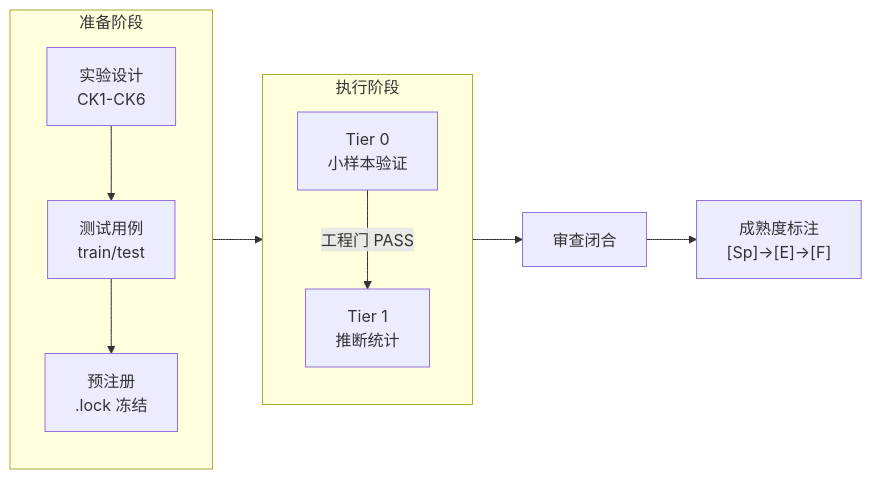
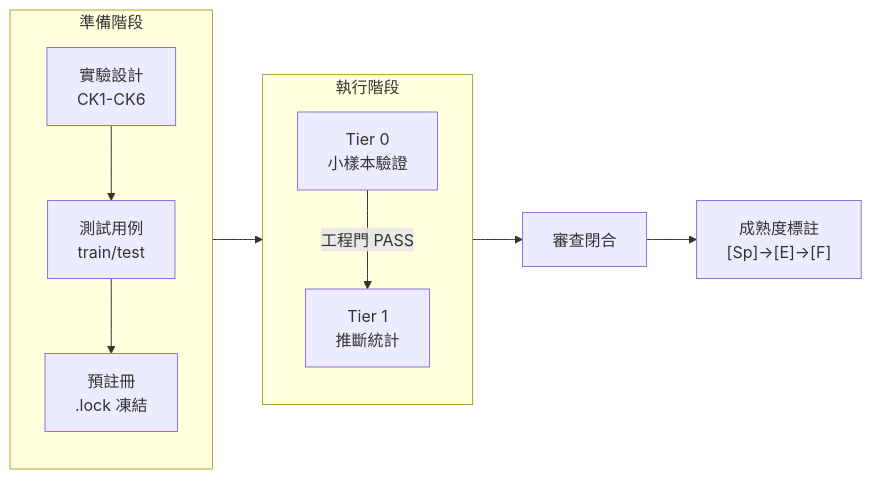
The diagram in zh-Hant/README.md (redamancy231-create/prompt-tdd-methodology), drawn with Mermaid before and after one commit. The commit also changed other lines of this file and 17 other files, not shown here.

````diff
--- a/zh-Hant/README.md
+++ b/zh-Hant/README.md
@@ -38,10 +38,10 @@
 ```mermaid
 flowchart LR
-    subgraph PREP["准备阶段"]
-        D1["实验设计<br/>CK1-CK6"] --> D2["测试用例<br/>train/test"] --> D3["预注册<br/>.lock 冻结"]
+    subgraph PREP["準備階段"]
+        D1["實驗設計<br/>CK1-CK6"] --> D2["測試用例<br/>train/test"] --> D3["預註冊<br/>.lock 凍結"]
     end
-    subgraph EXEC["执行阶段"]
-        C1["Tier 0<br/>小样本验证"] -->|工程门 PASS| C2["Tier 1<br/>推断统计"]
+    subgraph EXEC["執行階段"]
+        C1["Tier 0<br/>小樣本驗證"] -->|工程門 PASS| C2["Tier 1<br/>推斷統計"]
     end
-    PREP --> EXEC --> REVIEW["审查闭合"] --> GRADE["成熟度标注<br/>[Sp]→[E]→[F]"]
+    PREP --> EXEC --> REVIEW["審查閉合"] --> GRADE["成熟度標註<br/>[Sp]→[E]→[F]"]
 ```
````
